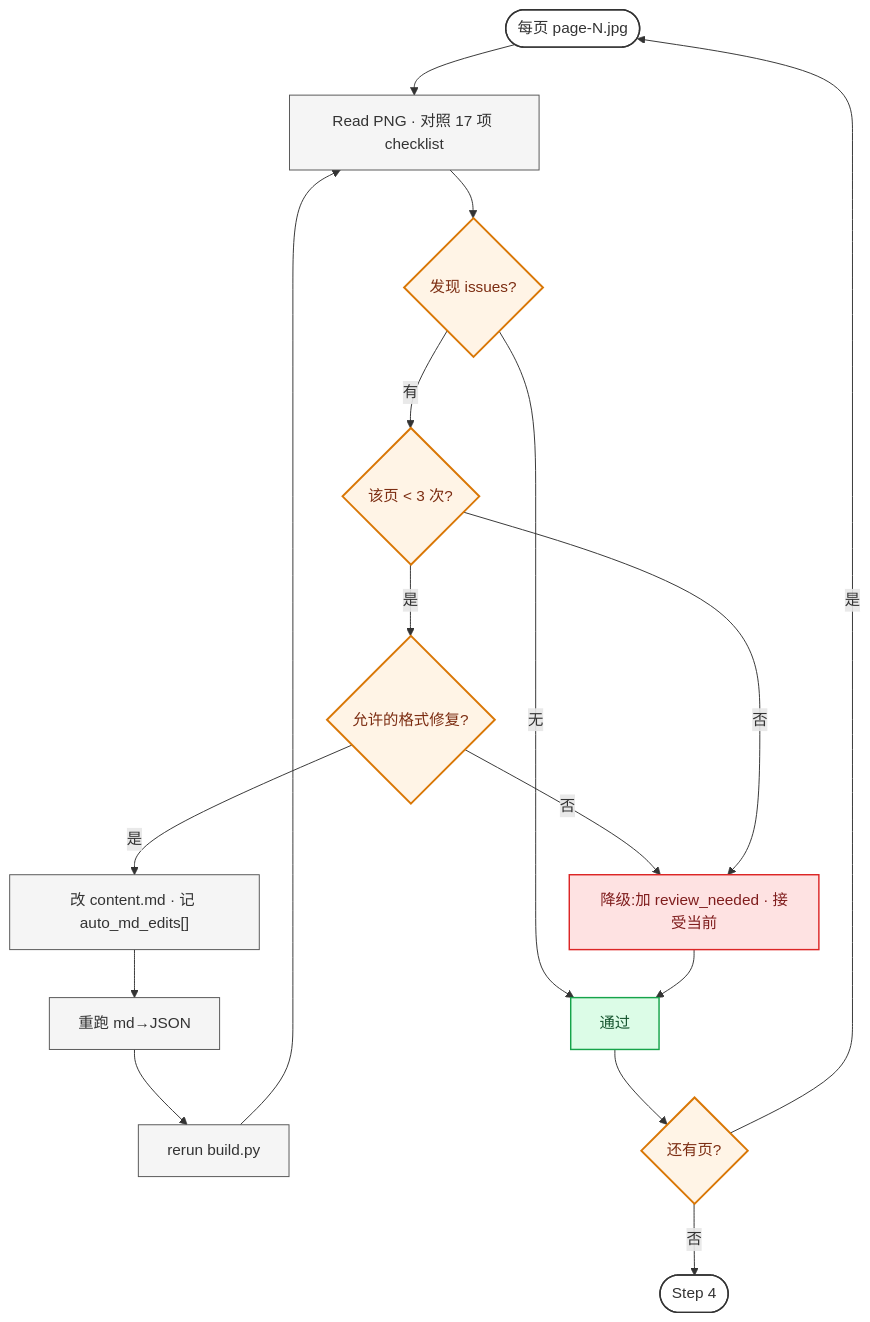
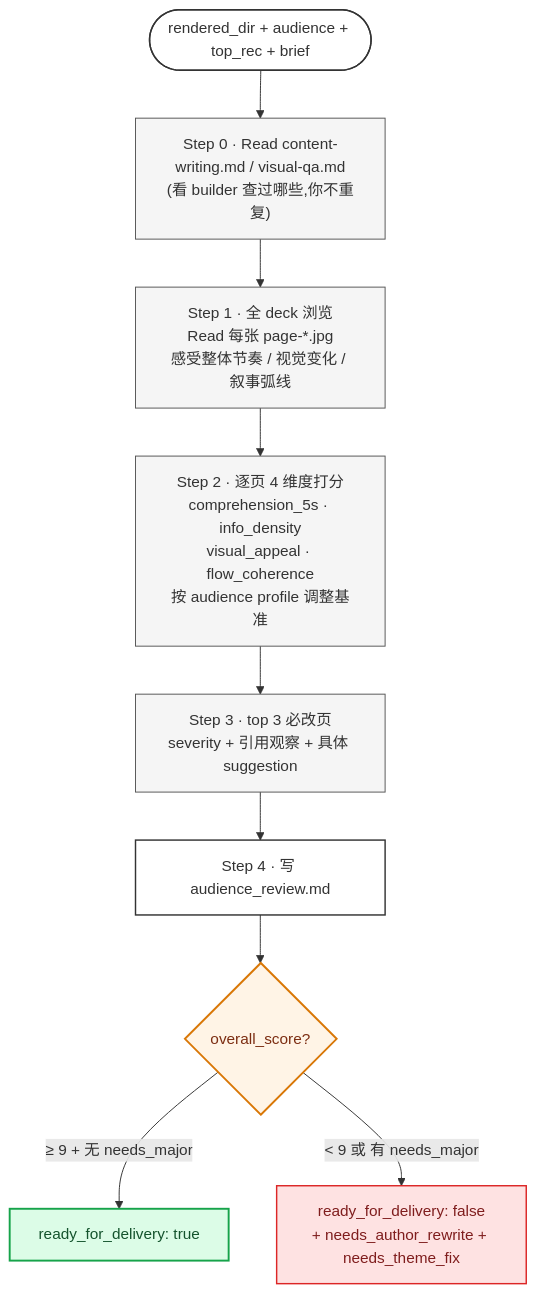
Before and after one commit to pcliangx/iLovePPT: the sixth of 11 diagrams in docs/agent-internals.zh.md, drawn with Mermaid. The commit also changed other lines of this file, not shown here.

````diff
--- a/docs/agent-internals.zh.md
+++ b/docs/agent-internals.zh.md
@@ -194,25 +327,22 @@
 ```mermaid
 flowchart TB
-    Start([每页 page-N.jpg]) --> Read[Read PNG · 对照 17 项 checklist]
-    Read --> Q{发现 issues?}
-    Q -->|无| Next[通过]
-    Q -->|有| Cnt{该页 < 3 次?}
-    Cnt -->|是| AE{允许的格式修复?}
-    AE -->|是| Fix["改 content.md · 记 auto_md_edits[]"] --> Re1[重跑 md→JSON] --> Re2[rerun build.py] --> Read
-    AE -->|否| Deg
-    Cnt -->|否| Deg["降级:加 review_needed · 接受当前"]
-    Deg --> Next
-    Next --> Loop{还有页?}
-    Loop -->|是| Start
-    Loop -->|否| Done([Step 4])
+    I([rendered_dir + audience + top_rec + brief]) --> S0
+    S0["Step 0 · Read content-writing.md / visual-qa.md<br/>(看 builder 查过哪些,你不重复)"] --> S1
+    S1["Step 1 · 全 deck 浏览<br/>Read 每张 page-*.jpg<br/>感受整体节奏 / 视觉变化 / 叙事弧线"] --> S2
+    S2["Step 2 · 逐页 4 维度打分<br/>comprehension_5s · info_density<br/>visual_appeal · flow_coherence<br/>按 audience profile 调整基准"] --> S3
+    S3["Step 3 · top 3 必改页<br/>severity + 引用观察 + 具体 suggestion"] --> S4
+    S4["Step 4 · 写 audience_review.md"] --> S5
+    S5{overall_score?}
+    S5 -->|≥ 9 + 无 needs_major| RD["ready_for_delivery: true"]
+    S5 -->|< 9 或 有 needs_major| NR["ready_for_delivery: false<br/>+ needs_author_rewrite + needs_theme_fix"]
     classDef io fill:#FFF,stroke:#333,stroke-width:1.5px
-    classDef act fill:#F5F5F5,stroke:#555
+    classDef step fill:#F5F5F5,stroke:#555
     classDef gate fill:#FFF4E6,stroke:#D97706,stroke-width:2px,color:#7C2D12
-    classDef pass fill:#DCFCE7,stroke:#16A34A,stroke-width:1.5px,color:#14532D
+    classDef pass fill:#DCFCE7,stroke:#16A34A,stroke-width:2px,color:#14532D
     classDef fail fill:#FEE2E2,stroke:#DC2626,stroke-width:1.5px,color:#7F1D1D
-    class Start,Done io
-    class Read,Fix,Re1,Re2 act
-    class Q,Cnt,AE,Loop gate
-    class Next pass
-    class Deg fail
+    class I,S4 io
+    class S0,S1,S2,S3 step
+    class S5 gate
+    class RD pass
+    class NR fail
 ```
````
